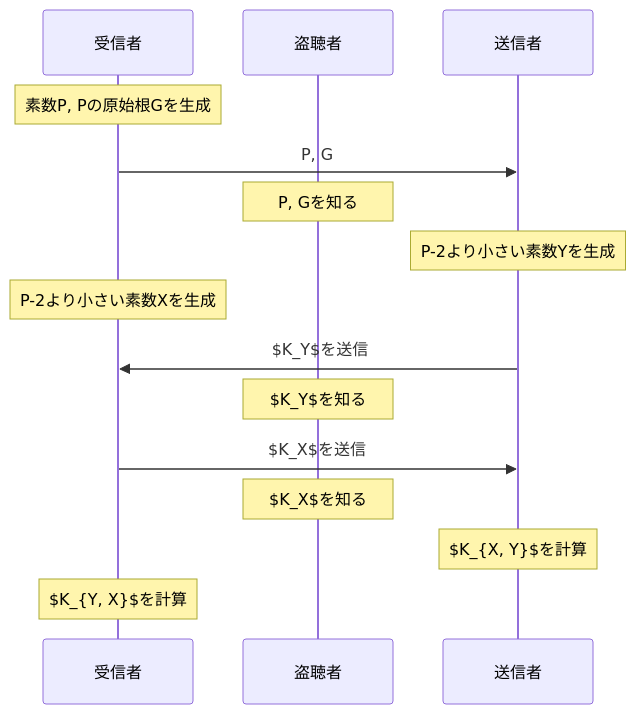
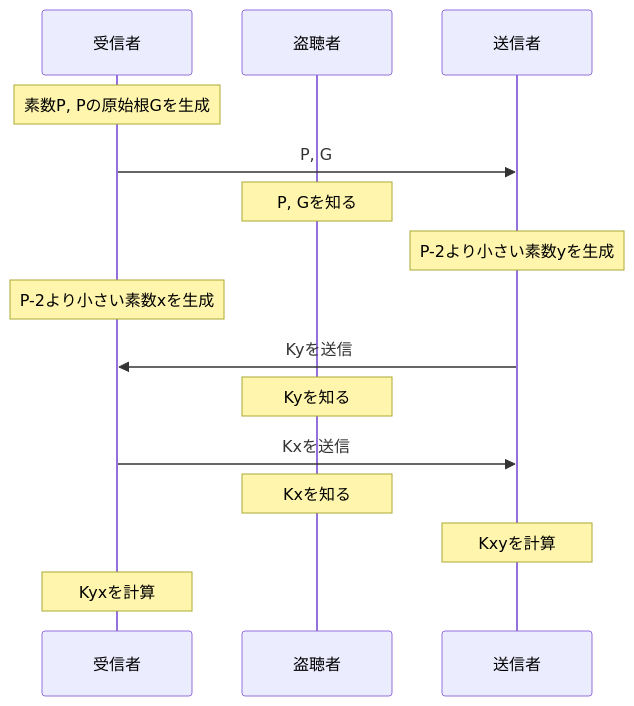
One commit to kmaeda6320084/learn_crypto changed the third of 3 diagrams in collections/_posts/2022-10-26-crypto-basis.md. Above: the diagram before and after it, drawn with Mermaid. The commit also changed other lines of this file, not shown here.

````diff
--- a/collections/_posts/2022-10-26-crypto-basis.md
+++ b/collections/_posts/2022-10-26-crypto-basis.md
@@ -120,22 +120,22 @@
 ```mermaid
 sequenceDiagram
     participant Server as 受信者
     participant Tapper as 盗聴者
     participant Client as 送信者
 
     note over Server: 素数P, Pの原始根Gを生成
 
     Server ->> Client: P, G
     note over Tapper: P, Gを知る
-    note over Client: P-2より小さい素数Yを生成
-    note over Server: P-2より小さい素数Xを生成
+    note over Client: P-2より小さい素数yを生成
+    note over Server: P-2より小さい素数xを生成
     
-    Client ->> Server: $K_Y$を送信
-    note over Tapper: $K_Y$を知る
-    Server ->> Client: $K_X$を送信
-    note over Tapper: $K_X$を知る
+    Client ->> Server: Kyを送信
+    note over Tapper: Kyを知る
+    Server ->> Client: Kxを送信
+    note over Tapper: Kxを知る
 
-    note over Client: $K_{X, Y}$を計算
-    note over Server: $K_{Y, X}$を計算
+    note over Client: Kxyを計算
+    note over Server: Kyxを計算
 
 ```
````
